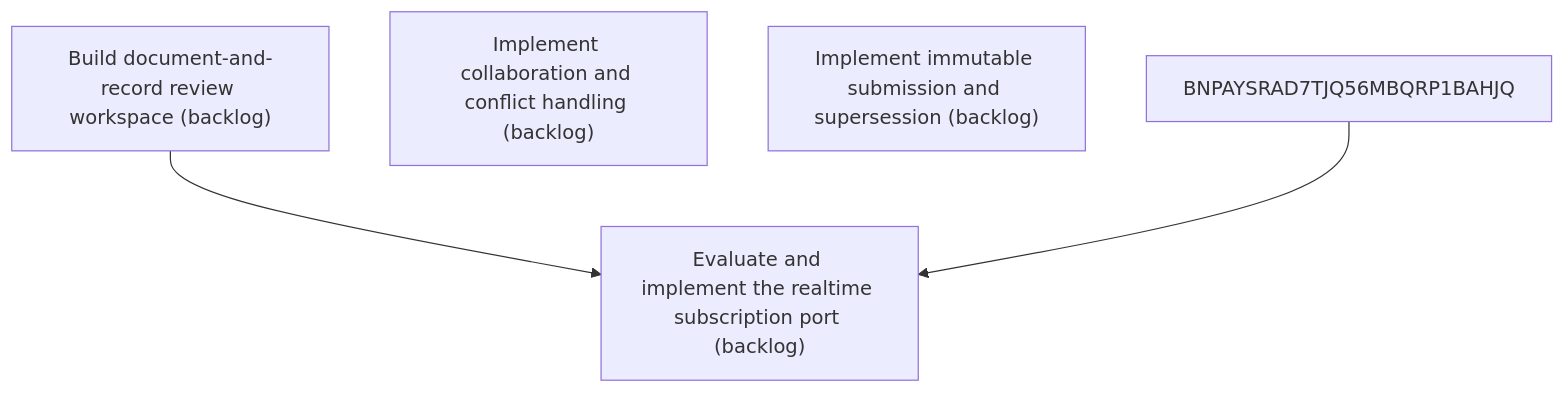
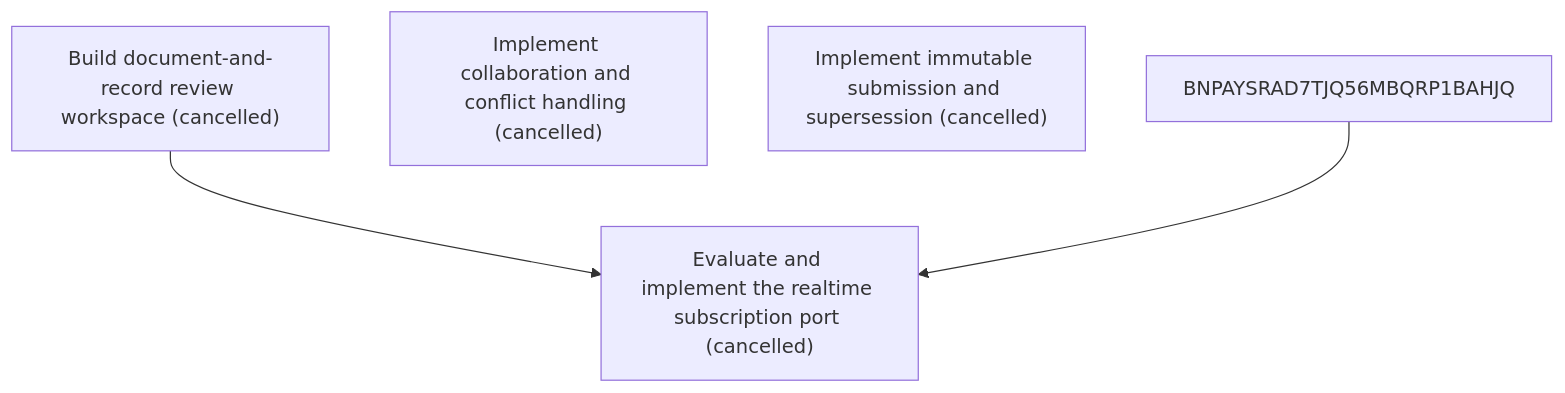
Before and after one commit to asadayoub/Evidentia: the diagram in .skyhook/plan/epics/0CVR0SEFHTXKEBZRPF89A9RBXV.md, drawn with Mermaid. The commit also changed other lines of this file and 54 other files, not shown here.

Commit message:
docs(skyhook): adopt interaction-first delivery roadmap

````diff
--- a/.skyhook/plan/epics/0CVR0SEFHTXKEBZRPF89A9RBXV.md
+++ b/.skyhook/plan/epics/0CVR0SEFHTXKEBZRPF89A9RBXV.md
@@ -23,9 +23,9 @@
 ```mermaid
 flowchart TD
-    ASQKQ6YH4S8G6SDQ6XN7BHYM8E["Build document-and-record review workspace (backlog)"]
-    3J2M9KAE9H8THGD2AR9DSKXYTC["Implement collaboration and conflict handling (backlog)"]
-    B1B7G0DXYE4JSEGFSC2NT8MFD1["Implement immutable submission and supersession (backlog)"]
-    STORY-004["Evaluate and implement the realtime subscription port (backlog)"]
+    ASQKQ6YH4S8G6SDQ6XN7BHYM8E["Build document-and-record review workspace (cancelled)"]
+    3J2M9KAE9H8THGD2AR9DSKXYTC["Implement collaboration and conflict handling (cancelled)"]
+    B1B7G0DXYE4JSEGFSC2NT8MFD1["Implement immutable submission and supersession (cancelled)"]
+    STORY-004["Evaluate and implement the realtime subscription port (cancelled)"]
     ASQKQ6YH4S8G6SDQ6XN7BHYM8E --> STORY-004
     BNPAYSRAD7TJQ56MBQRP1BAHJQ --> STORY-004
 ```
````
